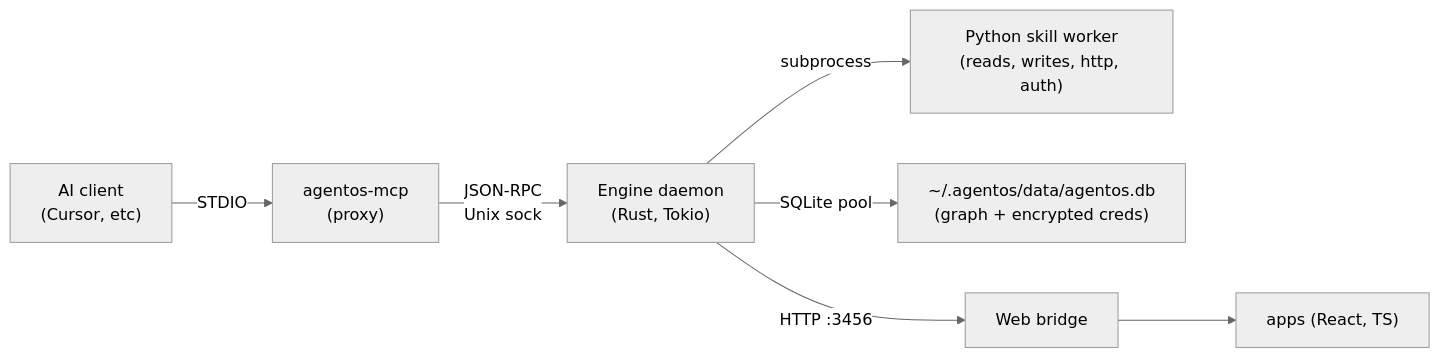
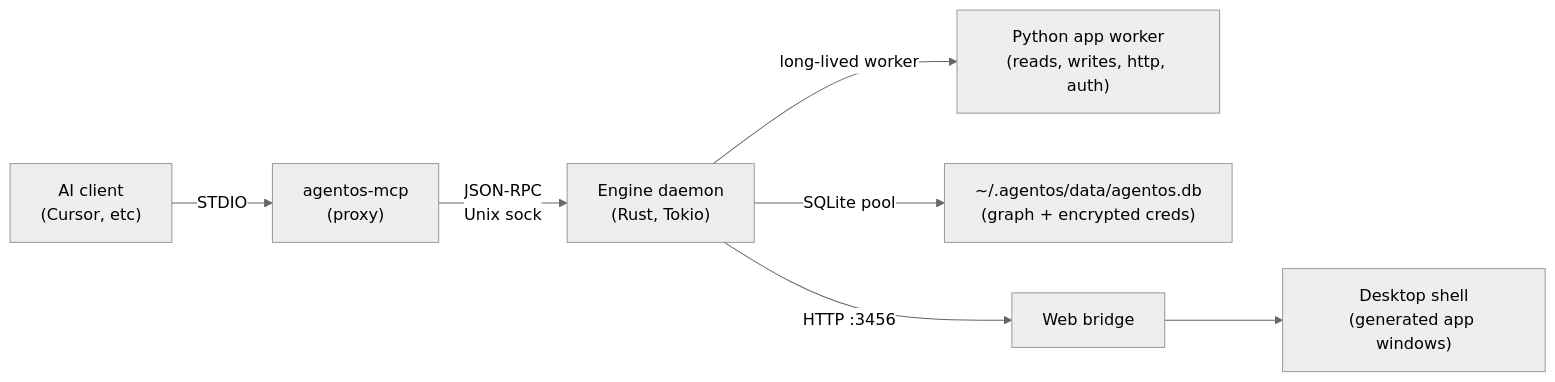
The diagram in docs/src/content/docs/architecture/overview.md (agentos-to/site), drawn with Mermaid (neutral theme) before and after one commit. The commit also changed other lines of this file and 298 other files, not shown here.

````diff
--- a/docs/src/content/docs/architecture/overview.md
+++ b/docs/src/content/docs/architecture/overview.md
@@ -46,9 +44,9 @@
 ```mermaid
 flowchart LR
     AI["AI client<br/>(Cursor, etc)"] -->|STDIO| MCP["agentos-mcp<br/>(proxy)"]
     MCP -->|JSON-RPC<br/>Unix sock| ENG["Engine daemon<br/>(Rust, Tokio)"]
-    ENG -->|subprocess| PY["Python skill worker<br/>(reads, writes, http, auth)"]
+    ENG -->|long-lived worker| PY["Python app worker<br/>(reads, writes, http, auth)"]
     ENG -->|SQLite pool| DB["~/.agentos/data/agentos.db<br/>(graph + encrypted creds)"]
     ENG -->|HTTP :3456| BR["Web bridge"]
-    BR --> APPS["apps (React, TS)"]
+    BR --> SHELL["Desktop shell<br/>(generated app windows)"]
 ```
````
